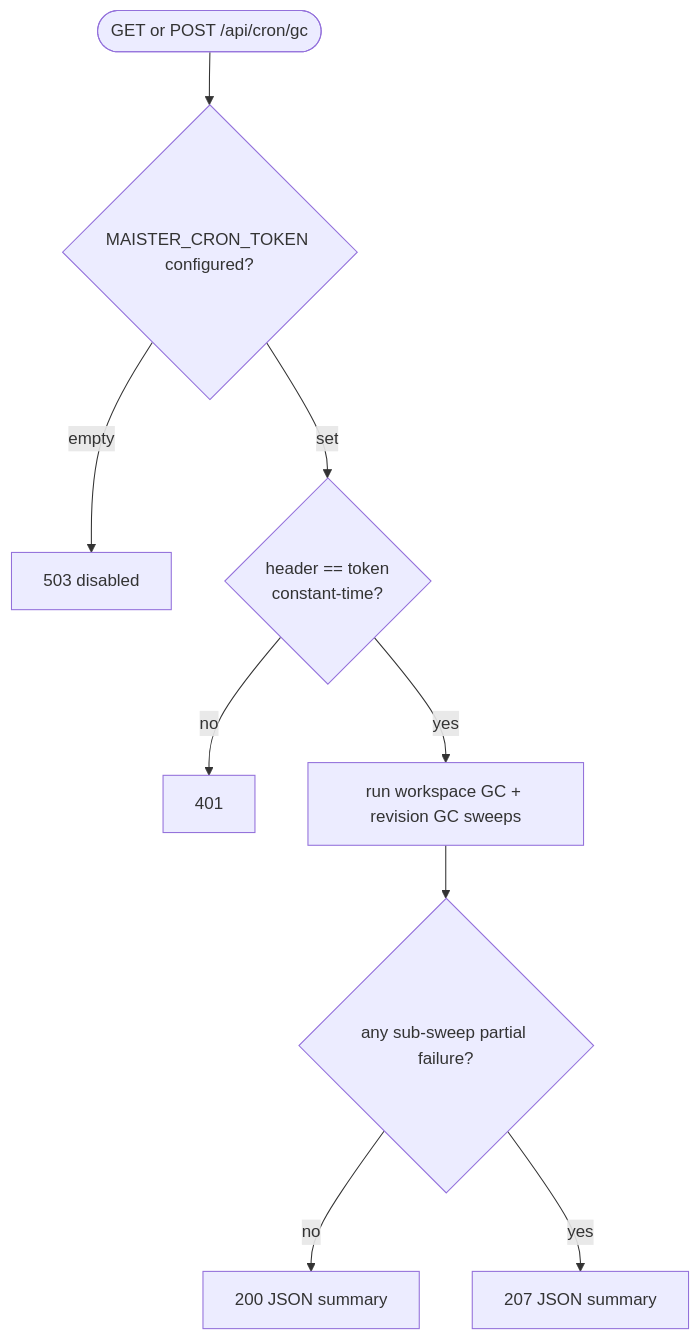
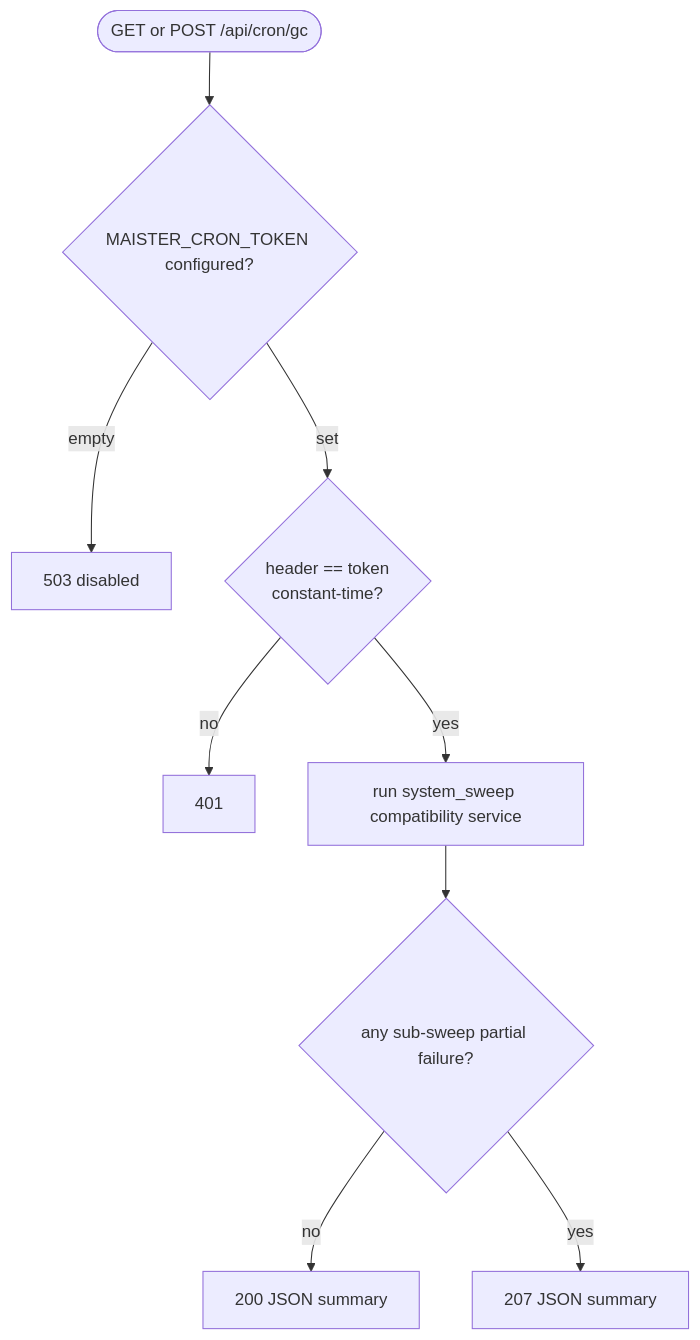
The fourth of 5 diagrams in docs/system-analytics/reconciliation-gc.md (maister-dev/maister), drawn with Mermaid before and after one commit. The commit also changed other lines of this file and 80 other files, not shown here.

````diff
--- a/docs/system-analytics/reconciliation-gc.md
+++ b/docs/system-analytics/reconciliation-gc.md
@@ -181,11 +186,11 @@
 ```mermaid
 flowchart TD
     Req([GET or POST /api/cron/gc]) --> Cfg{MAISTER_CRON_TOKEN configured?}
     Cfg -- empty --> R503[503 disabled]
     Cfg -- set --> Tok{header == token<br/>constant-time?}
     Tok -- no --> R401[401]
-    Tok -- yes --> Run[run workspace GC + revision GC sweeps]
+    Tok -- yes --> Run[run system_sweep compatibility service]
     Run --> Sum{any sub-sweep partial failure?}
     Sum -- no --> R200[200 JSON summary]
     Sum -- yes --> R207[207 JSON summary]
 ```
````
